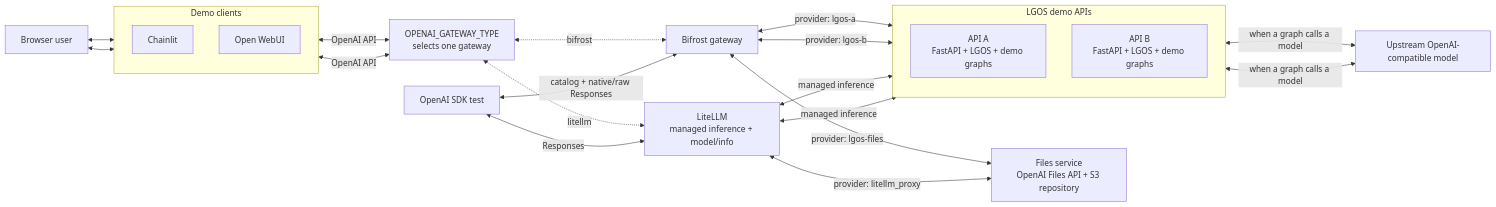
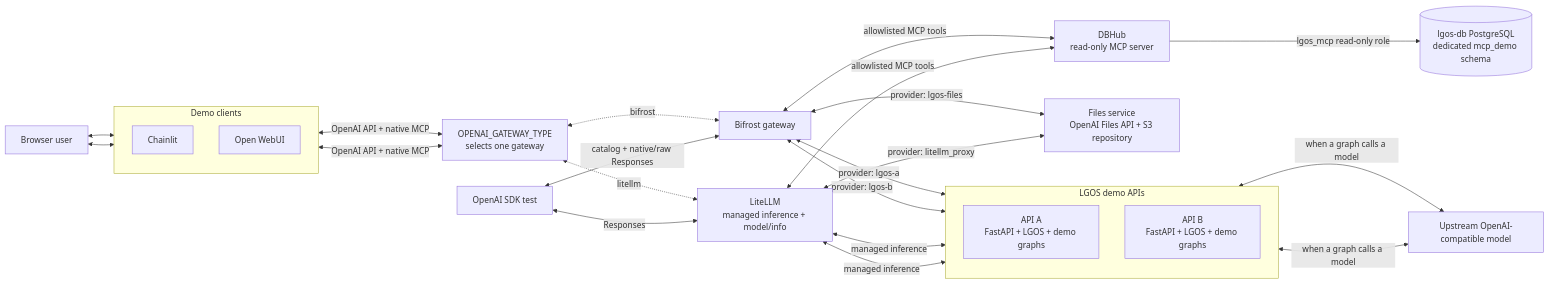
One commit to ilkersigirci/langgraph-openai-serve changed the first of 2 diagrams in docs/demo/architecture.md. Above: the diagram before and after it, drawn with Mermaid. The commit also changed other lines of this file and 85 other files, not shown here.

First line of the commit message:
feat: mcp-postgres MCP demo graph added with e2e MCP flow through gateway

````diff
--- a/docs/demo/architecture.md
+++ b/docs/demo/architecture.md
@@ -27,42 +29,47 @@
 ```mermaid
 flowchart LR
   user["Browser user"]
 
   subgraph clients["Demo clients"]
     direction TB
     chainlit["Chainlit"]
     openwebui["Open WebUI"]
   end
 
   bifrost["Bifrost gateway"]
   litellm["LiteLLM<br/>managed inference + model/info"]
   gateway["OPENAI_GATEWAY_TYPE<br/>selects one gateway"]
   sdk["OpenAI SDK test"]
 
   subgraph apis["LGOS demo APIs"]
     direction TB
     api_a["API A<br/>FastAPI + LGOS + demo graphs"]
     api_b["API B<br/>FastAPI + LGOS + demo graphs"]
   end
 
   files["Files service<br/>OpenAI Files API + S3 repository"]
+  dbhub["DBHub<br/>read-only MCP server"]
+  database[("lgos-db PostgreSQL<br/>dedicated mcp_demo schema")]
 
   model["Upstream OpenAI-compatible model"]
 
   user <--> chainlit
   user <--> openwebui
-  chainlit <-->|"OpenAI API"| gateway
-  openwebui <-->|"OpenAI API"| gateway
+  chainlit <-->|"OpenAI API + native MCP"| gateway
+  openwebui <-->|"OpenAI API + native MCP"| gateway
   gateway <-.->|"bifrost"| bifrost
   gateway <-.->|"litellm"| litellm
   sdk <-->|"catalog + native/raw Responses"| bifrost
   sdk <-->|"Responses"| litellm
   bifrost <-->|"provider: lgos-a"| api_a
   bifrost <-->|"provider: lgos-b"| api_b
   bifrost <-->|"provider: lgos-files"| files
   litellm <-->|"managed inference"| api_a
   litellm <-->|"managed inference"| api_b
   litellm <-->|"provider: litellm_proxy"| files
+  bifrost <-->|"allowlisted MCP tools"| dbhub
+  litellm <-->|"allowlisted MCP tools"| dbhub
+  dbhub -->|"lgos_mcp read-only role"| database
   api_a <-->|"when a graph calls a model"| model
   api_b <-->|"when a graph calls a model"| model
 ```
````
